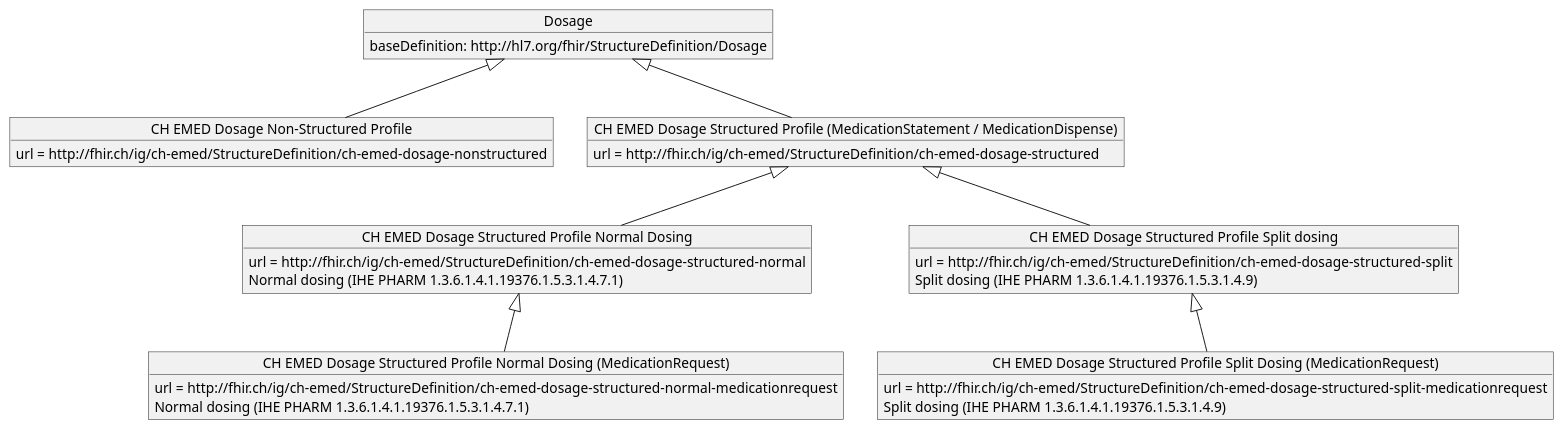
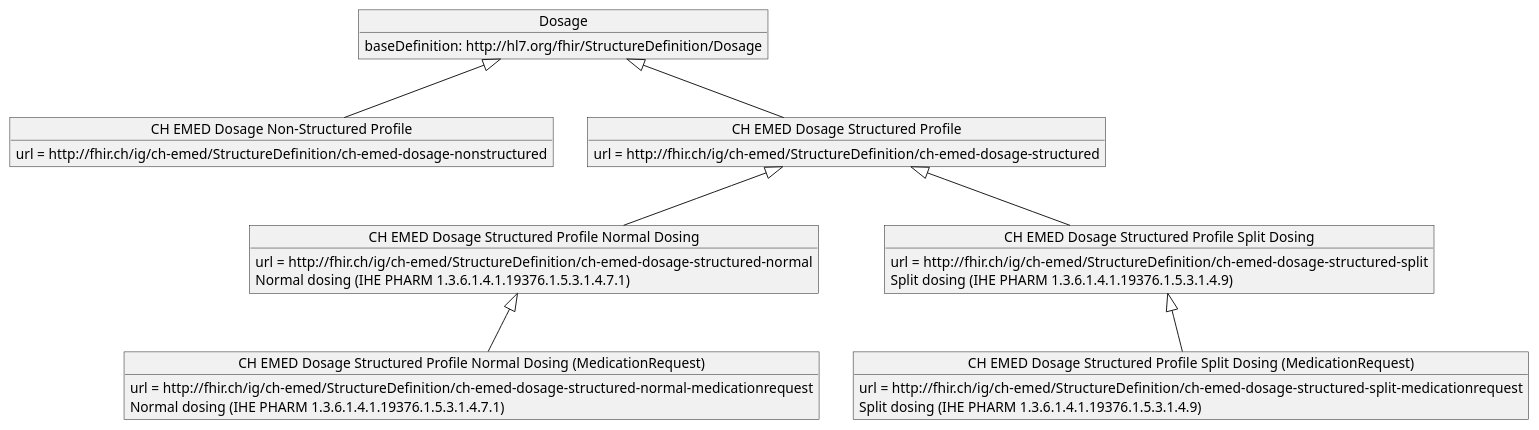
Before and after one commit to hl7ch/ch-emed: the diagram in input/images-source/dosage.plantuml, drawn with PlantUML. The commit also changed 6 other files, not shown here.

```diff
--- a/input/images-source/dosage.plantuml
+++ b/input/images-source/dosage.plantuml
@@ -1,37 +1,37 @@
 @startuml
 
 skinparam svgDimensionStyle false
 
 object "Dosage" as dosage {
   baseDefinition: http://hl7.org/fhir/StructureDefinition/Dosage
 }
 object "CH EMED Dosage Non-Structured Profile" as dosagenonstructured {
   url = http://fhir.ch/ig/ch-emed/StructureDefinition/ch-emed-dosage-nonstructured
 }
-object "CH EMED Dosage Structured Profile (MedicationStatement / MedicationDispense)" as dosagestructured {
+object "CH EMED Dosage Structured Profile" as dosagestructured {
   url = http://fhir.ch/ig/ch-emed/StructureDefinition/ch-emed-dosage-structured
 }
 object "CH EMED Dosage Structured Profile Normal Dosing" as dosagestructurednormal {
   url = http://fhir.ch/ig/ch-emed/StructureDefinition/ch-emed-dosage-structured-normal
   Normal dosing (IHE PHARM 1.3.6.1.4.1.19376.1.5.3.1.4.7.1)
 }
-object "CH EMED Dosage Structured Profile Split dosing" as dosagestructuredsplit {
+object "CH EMED Dosage Structured Profile Split Dosing" as dosagestructuredsplit {
   url = http://fhir.ch/ig/ch-emed/StructureDefinition/ch-emed-dosage-structured-split
   Split dosing (IHE PHARM 1.3.6.1.4.1.19376.1.5.3.1.4.9)
 }
 object "CH EMED Dosage Structured Profile Normal Dosing (MedicationRequest)" as dosagestructurednormalmedicationrequest {
   url = http://fhir.ch/ig/ch-emed/StructureDefinition/ch-emed-dosage-structured-normal-medicationrequest
   Normal dosing (IHE PHARM 1.3.6.1.4.1.19376.1.5.3.1.4.7.1)
 }
 object "CH EMED Dosage Structured Profile Split Dosing (MedicationRequest)" as dosagestructuredsplitmedicationrequest {
   url = http://fhir.ch/ig/ch-emed/StructureDefinition/ch-emed-dosage-structured-split-medicationrequest
   Split dosing (IHE PHARM 1.3.6.1.4.1.19376.1.5.3.1.4.9)
 }
 
 dosage <|-- dosagenonstructured
 dosage <|-- dosagestructured
 dosagestructured <|-- dosagestructurednormal
 dosagestructured <|-- dosagestructuredsplit
 dosagestructurednormal <|-- dosagestructurednormalmedicationrequest
 dosagestructuredsplit <|-- dosagestructuredsplitmedicationrequest
 @enduml
```
